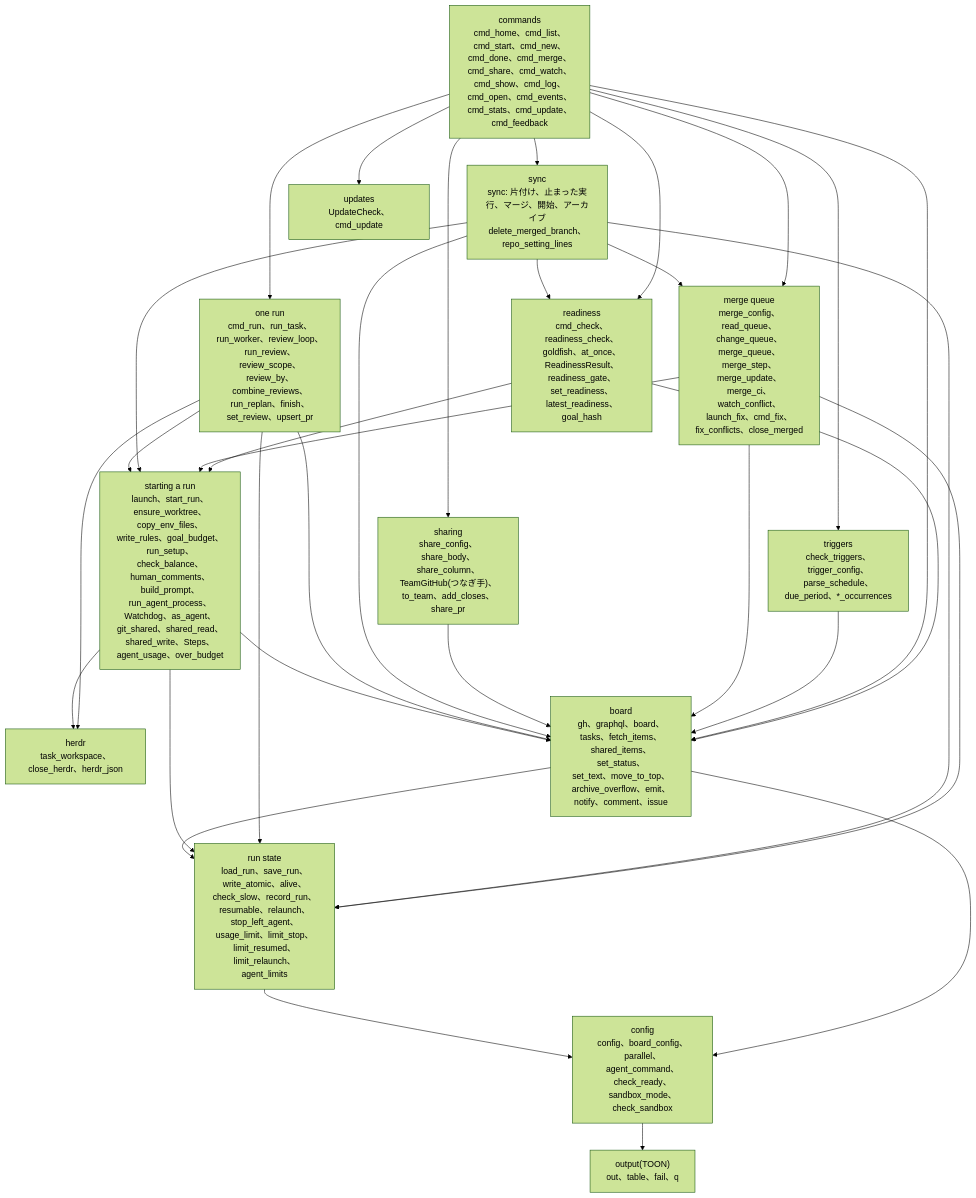
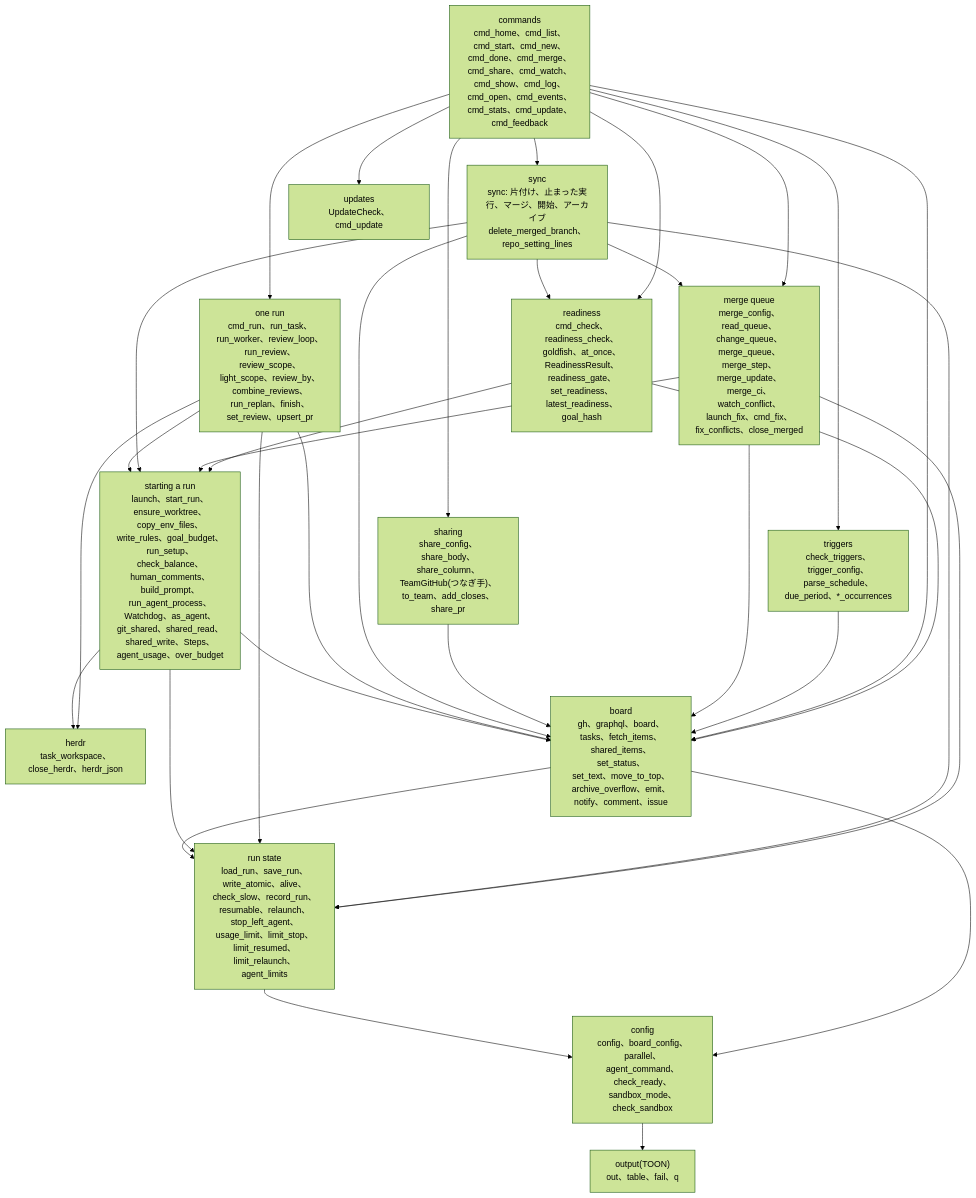
The first of 10 diagrams in docs/architecture/lld.md (jyoka/task-hub), drawn with Mermaid (forest theme) before and after one commit. The commit also changed other lines of this file and 9 other files, not shown here.

````diff
--- a/docs/architecture/lld.md
+++ b/docs/architecture/lld.md
@@ -28,49 +28,49 @@
 ```mermaid
 flowchart TB
     commands["commands<br/>cmd_home、cmd_list、cmd_start、cmd_new、cmd_done、cmd_merge、cmd_share、cmd_watch、<br/>cmd_show、cmd_log、cmd_open、cmd_events、cmd_stats、cmd_update、cmd_feedback"]
     mergeq["merge queue<br/>merge_config、read_queue、change_queue、merge_queue、merge_step、merge_update、merge_ci、<br/>watch_conflict、launch_fix、cmd_fix、fix_conflicts、close_merged"]
     sharing["sharing<br/>share_config、share_body、share_column、TeamGitHub(つなぎ手)、to_team、add_closes、share_pr"]
     sync["sync<br/>sync: 片付け、止まった実行、マージ、開始、アーカイブ<br/>delete_merged_branch、repo_setting_lines"]
     readiness["readiness<br/>cmd_check、readiness_check、goldfish、at_once、ReadinessResult、readiness_gate、<br/>set_readiness、latest_readiness、goal_hash"]
-    runone["one run<br/>cmd_run、run_task、run_worker、review_loop、run_review、review_scope、review_by、combine_reviews、<br/>run_replan、finish、set_review、upsert_pr"]
+    runone["one run<br/>cmd_run、run_task、run_worker、review_loop、run_review、review_scope、light_scope、review_by、combine_reviews、<br/>run_replan、finish、set_review、upsert_pr"]
     start["starting a run<br/>launch、start_run、ensure_worktree、copy_env_files、write_rules、goal_budget、run_setup、check_balance、human_comments、build_prompt、<br/>run_agent_process、Watchdog、as_agent、git_shared、shared_read、shared_write、Steps、agent_usage、over_budget"]
     herdr["herdr<br/>task_workspace、close_herdr、herdr_json"]
     runstate["run state<br/>load_run、save_run、write_atomic、alive、check_slow、record_run、<br/>resumable、relaunch、stop_left_agent、<br/>usage_limit、limit_stop、limit_resumed、limit_relaunch、agent_limits"]
     boardl["board<br/>gh、graphql、board、tasks、fetch_items、shared_items、set_status、<br/>set_text、move_to_top、archive_overflow、emit、notify、comment、issue"]
     config["config<br/>config、board_config、parallel、agent_command、check_ready、sandbox_mode、check_sandbox"]
     output["output(TOON)<br/>out、table、fail、q"]
     updates["updates<br/>UpdateCheck、cmd_update"]
     triggers["triggers<br/>check_triggers、trigger_config、parse_schedule、due_period、*_occurrences"]
 
     commands --> sync
     commands --> runone
     commands --> readiness
     sync --> readiness
     readiness --> start
     readiness --> boardl
     commands --> boardl
     commands --> updates
     commands --> triggers
     triggers --> boardl
     commands --> sharing
     commands --> mergeq
     sync --> mergeq
     mergeq --> start
     mergeq --> boardl
     mergeq --> runstate
     sharing --> boardl
     sync --> start
     sync --> boardl
     sync --> runstate
     runone --> start
     runone --> boardl
     runone --> runstate
     runone --> herdr
     start --> herdr
     start --> runstate
     start --> boardl
     boardl --> runstate
     boardl --> config
     runstate --> config
     config --> output
 ```
````
